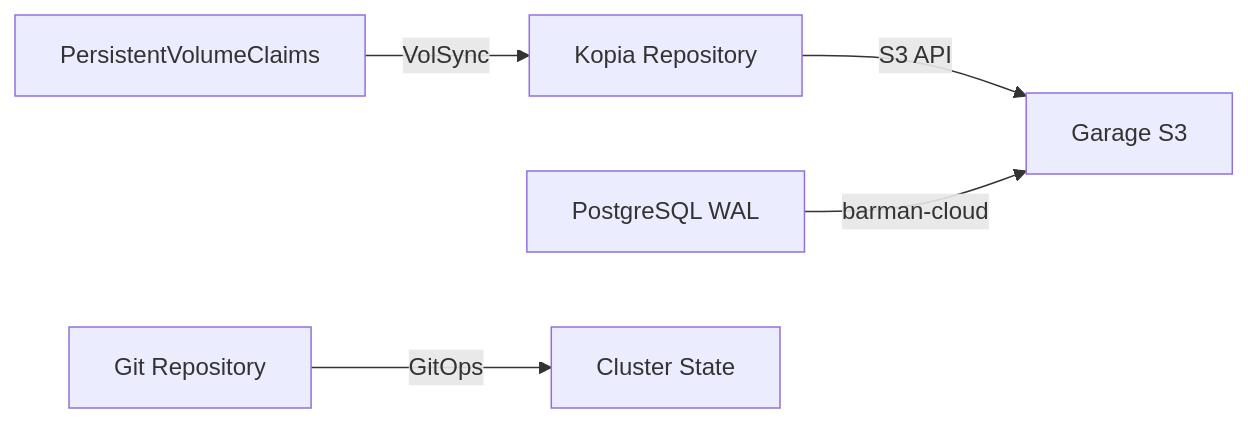
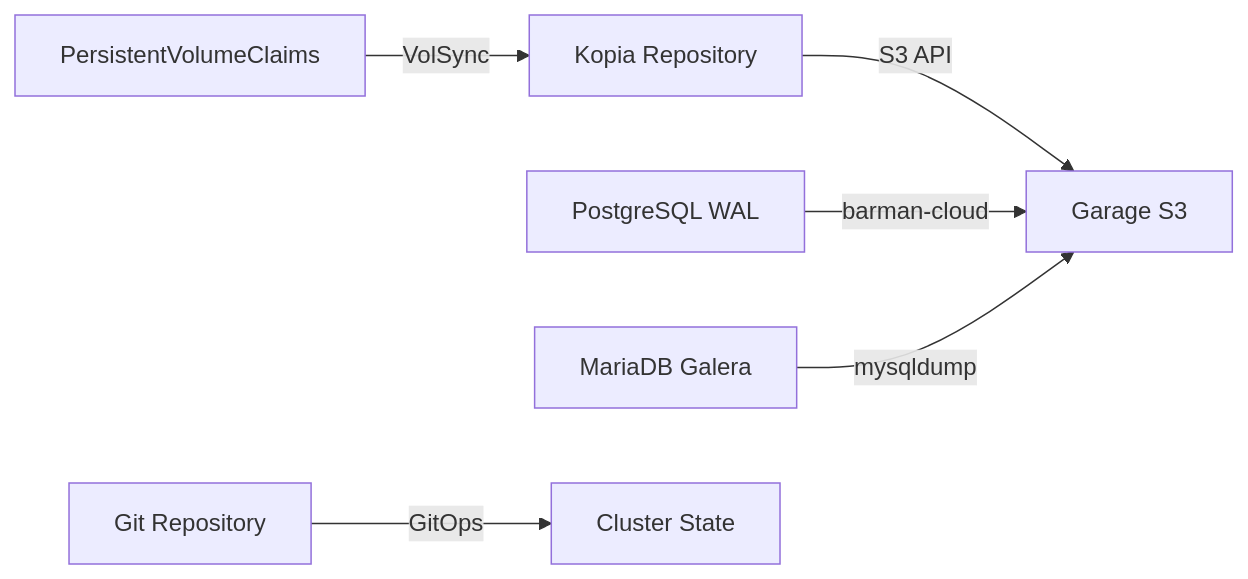
One commit to 00o-sh/special-winner changed the diagram in docs/operations/backup-recovery.md. Above: the diagram before and after it, drawn with Mermaid. The commit also changed other lines of this file and 3 other files, not shown here.

First line of the commit message:
docs(database): document MariaDB Galera cluster across all docs

````diff
--- a/docs/operations/backup-recovery.md
+++ b/docs/operations/backup-recovery.md
@@ -5,7 +5,8 @@
 ```mermaid
 graph LR
     PVC[PersistentVolumeClaims] -->|VolSync| Kopia[Kopia Repository]
     Kopia -->|S3 API| Garage[Garage S3]
     PG[PostgreSQL WAL] -->|barman-cloud| Garage
+    MDB[MariaDB Galera] -->|mysqldump| Garage
     Git[Git Repository] -->|GitOps| State[Cluster State]
 ```
````
